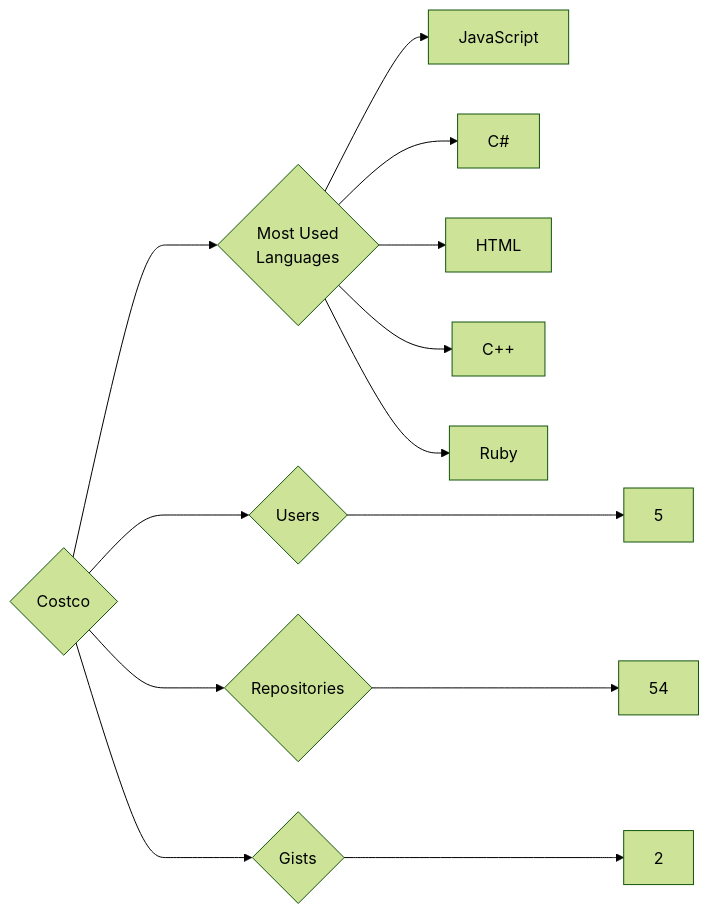
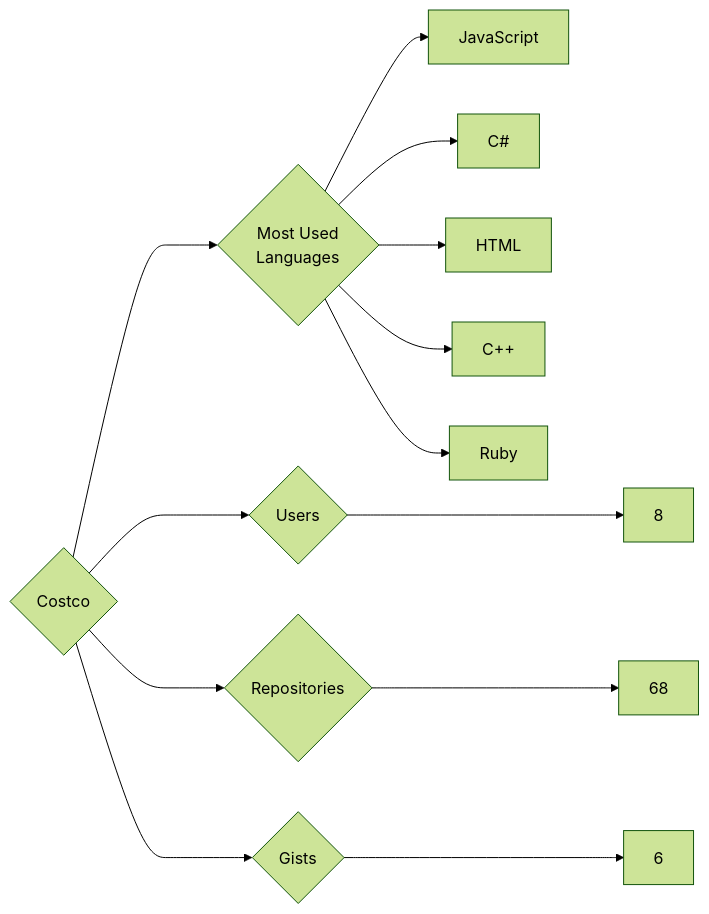
The diagram in targets/Costco/README.md (trickest/insiders), drawn with Mermaid (forest theme) before and after one commit. The commit also changed 1088 other files, not shown here.

````diff
--- a/targets/Costco/README.md
+++ b/targets/Costco/README.md
@@ -3,13 +3,13 @@
 ```mermaid
 graph LR
 COMPANY_NAME{Costco}
-COMPANY_NAME ---> U{Users} ---> UN[5]
-COMPANY_NAME ---> R{Repositories} ---> RN[54]
-COMPANY_NAME ---> G{Gists} ---> GN[2]
+COMPANY_NAME ---> U{Users} ---> UN[8]
+COMPANY_NAME ---> R{Repositories} ---> RN[68]
+COMPANY_NAME ---> G{Gists} ---> GN[6]
 COMPANY_NAME ---> ML{Most Used<br>Languages}
 ML --> JavaScript[JavaScript]
 ML --> C#[C#]
 ML --> HTML[HTML]
 ML --> C++[C++]
 ML --> Ruby[Ruby]
 ```
````
